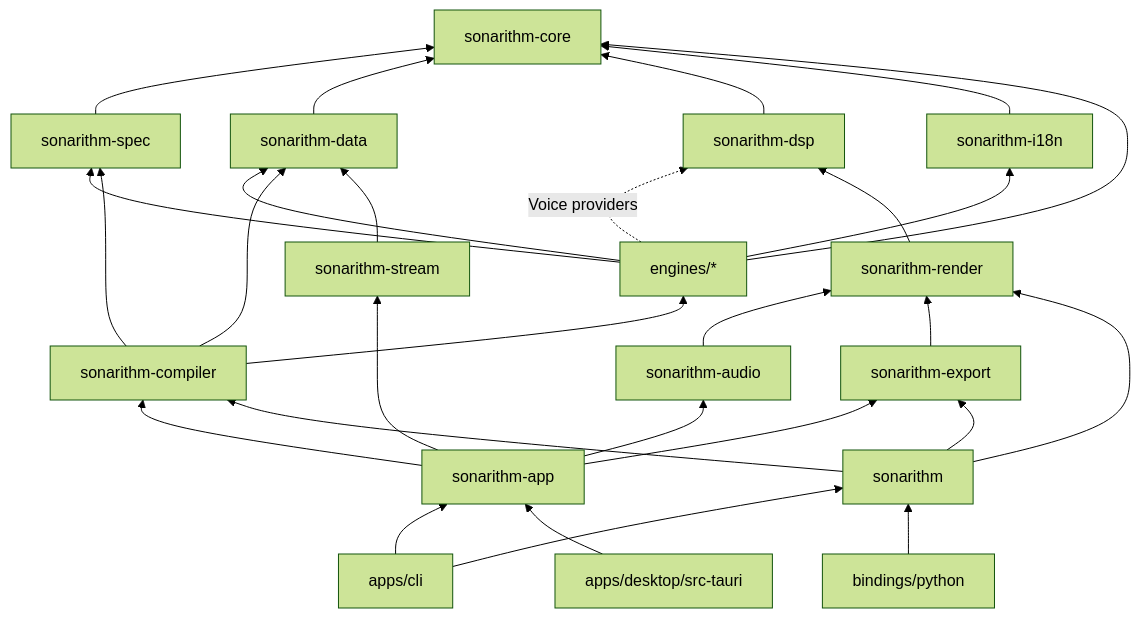
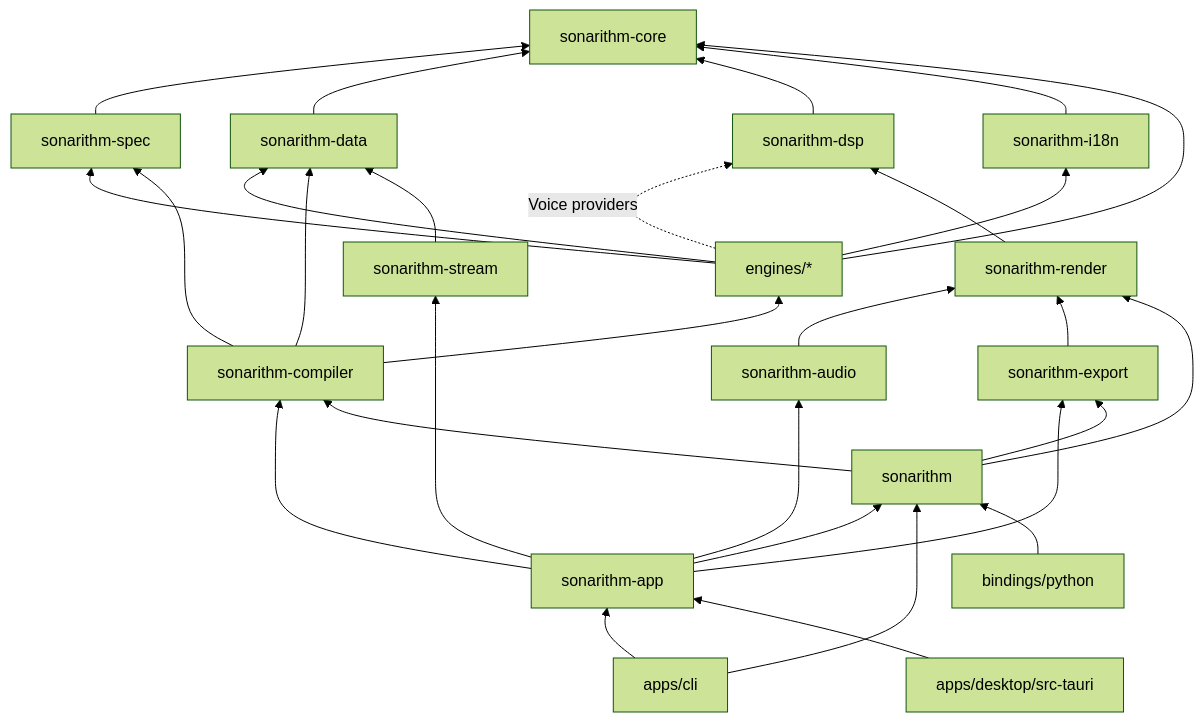
Before and after one commit to DuhItzAniket/SONARITHM: the diagram in docs/architecture/02-repository-and-crate-layout.md, drawn with Mermaid (forest theme). The commit also changed other lines of this file and 25 other files, not shown here.

First line of the commit message:
feat(app): add the sonarithm-app headless app core

````diff
--- a/docs/architecture/02-repository-and-crate-layout.md
+++ b/docs/architecture/02-repository-and-crate-layout.md
@@ -107,20 +107,20 @@
 ```mermaid
 flowchart BT
   core[sonarithm-core]
   spec[sonarithm-spec] --> core
   data[sonarithm-data] --> core
   dsp[sonarithm-dsp] --> core
   i18n[sonarithm-i18n] --> core
   engines[engines/*] --> core & spec & data & i18n
   engines -. Voice providers .-> dsp
   compiler[sonarithm-compiler] --> spec & data & engines
   render[sonarithm-render] --> dsp
   audio[sonarithm-audio] --> render
   export[sonarithm-export] --> render
   stream[sonarithm-stream] --> data
-  app[sonarithm-app] --> compiler & audio & export & stream
+  app[sonarithm-app] --> facade & compiler & audio & export & stream
   facade[sonarithm] --> compiler & render & export
   cli[apps/cli] --> app & facade
   desktop[apps/desktop/src-tauri] --> app
   py[bindings/python] --> facade
 ```
````
